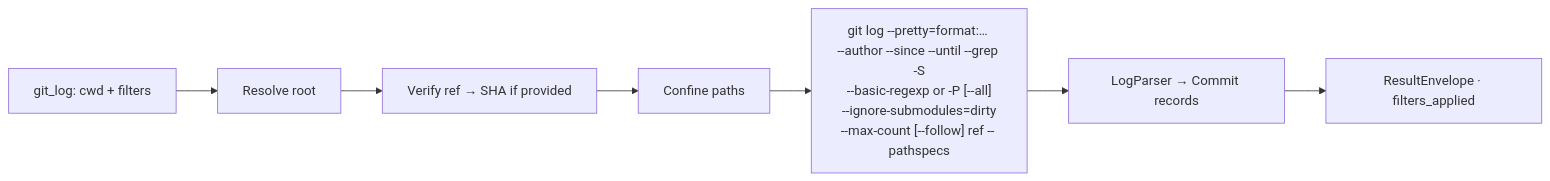
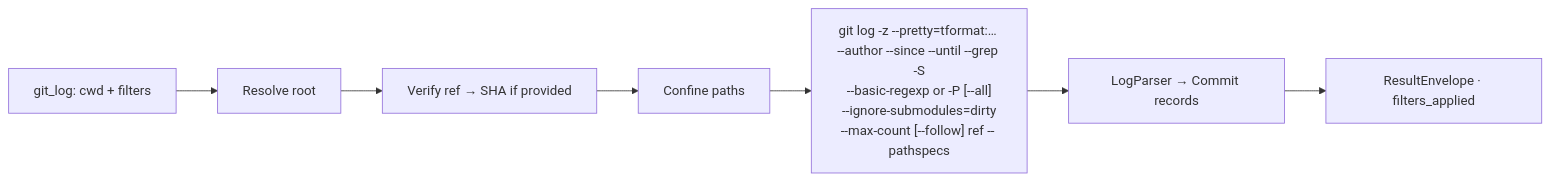
One commit to brenordv/mcp-toolset changed the fourth of 15 diagrams in src/RaccoonNinja.McpToolset.Server.GitOps/README.md. Above: the diagram before and after it, drawn with Mermaid. The commit also changed other lines of this file and 36 other files, not shown here.

````diff
--- a/src/RaccoonNinja.McpToolset.Server.GitOps/README.md
+++ b/src/RaccoonNinja.McpToolset.Server.GitOps/README.md
@@ -217,9 +227,9 @@
 ```mermaid
 flowchart LR
     A[git_log: cwd + filters] --> B[Resolve root]
     B --> C[Verify ref → SHA if provided]
     C --> D[Confine paths]
-    D --> E["git log --pretty=format:… <br/>--author --since --until --grep -S<br/>--basic-regexp or -P [--all]<br/>--ignore-submodules=dirty<br/>--max-count [--follow] ref -- pathspecs"]
+    D --> E["git log -z --pretty=tformat:… <br/>--author --since --until --grep -S<br/>--basic-regexp or -P [--all]<br/>--ignore-submodules=dirty<br/>--max-count [--follow] ref -- pathspecs"]
     E --> F[LogParser → Commit records]
     F --> G[ResultEnvelope · filters_applied]
 ```
````
